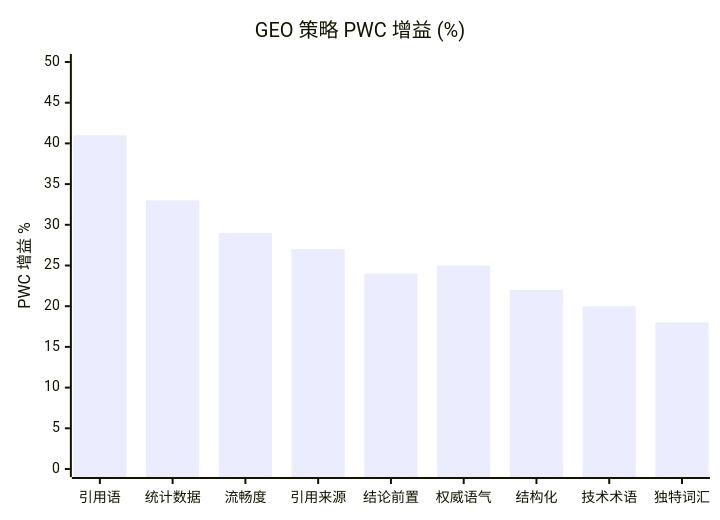
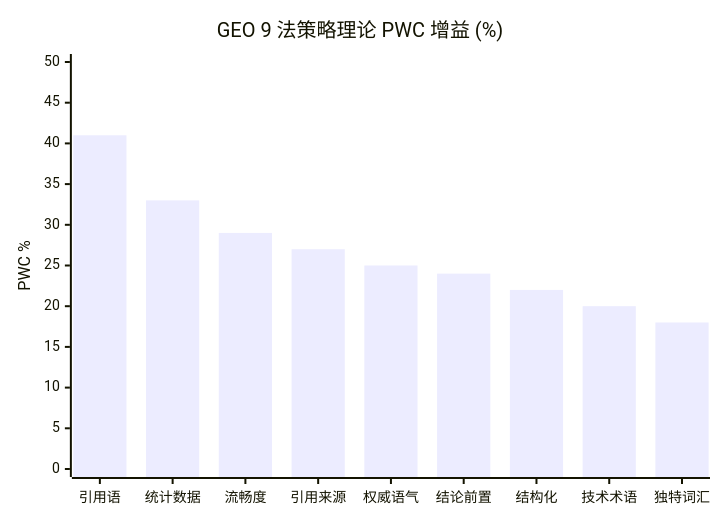
One commit to deep2code/geo changed the sixth of 31 diagrams in docs/architecture.md. Above: the diagram before and after it, drawn with Mermaid. The commit also changed other lines of this file and 3 other files, not shown here.

First line of the commit message:
docs: 全面美化文档，大量采用 Mermaid 图表

````diff
--- a/docs/architecture.md
+++ b/docs/architecture.md
@@ -93,8 +166,8 @@
 ```mermaid
 %%{init: {"theme": "default"}}%%
 xychart-beta
-    title "GEO 策略 PWC 增益 (%)"
-    x-axis ["引用语", "统计数据", "流畅度", "引用来源", "结论前置", "权威语气", "结构化", "技术术语", "独特词汇"]
-    y-axis "PWC 增益 %" 0 --> 50
-    bar [41, 33, 29, 27, 24, 25, 22, 20, 18]
+    title "GEO 9 法策略理论 PWC 增益 (%)"
+    x-axis ["引用语", "统计数据", "流畅度", "引用来源", "权威语气", "结论前置", "结构化", "技术术语", "独特词汇"]
+    y-axis "PWC %" 0 --> 50
+    bar [41, 33, 29, 27, 25, 24, 22, 20, 18]
 ```
````
